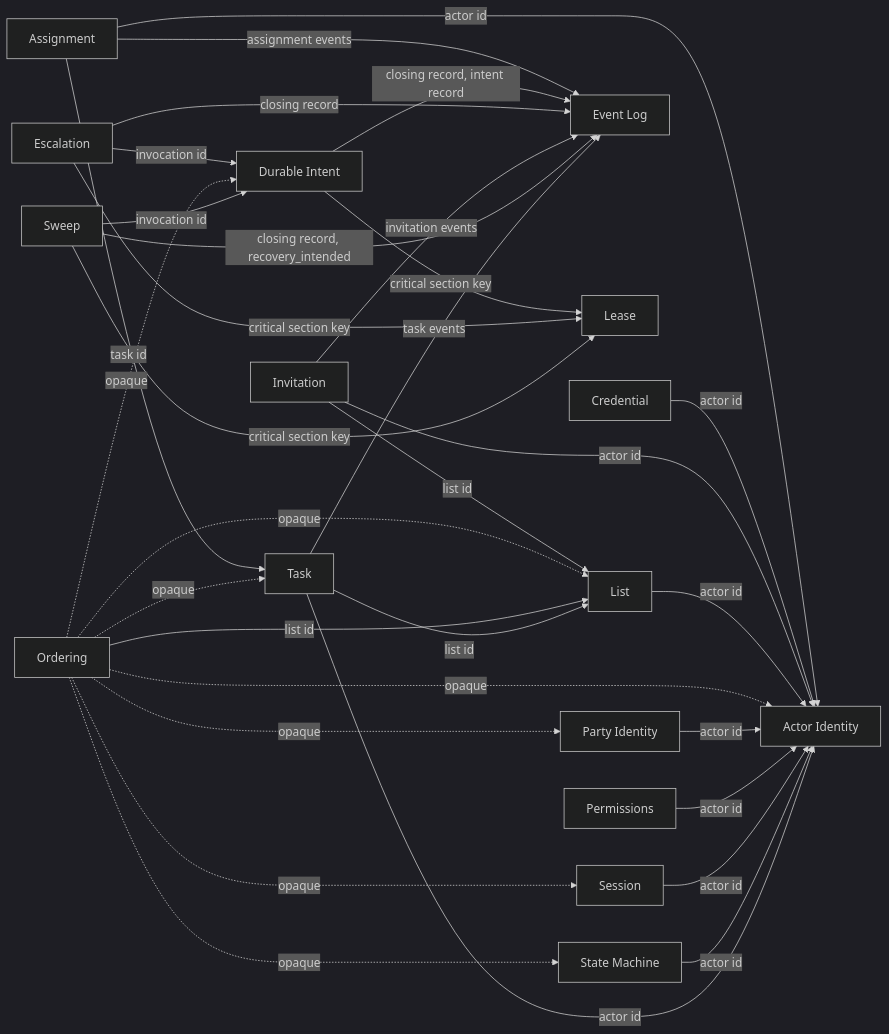
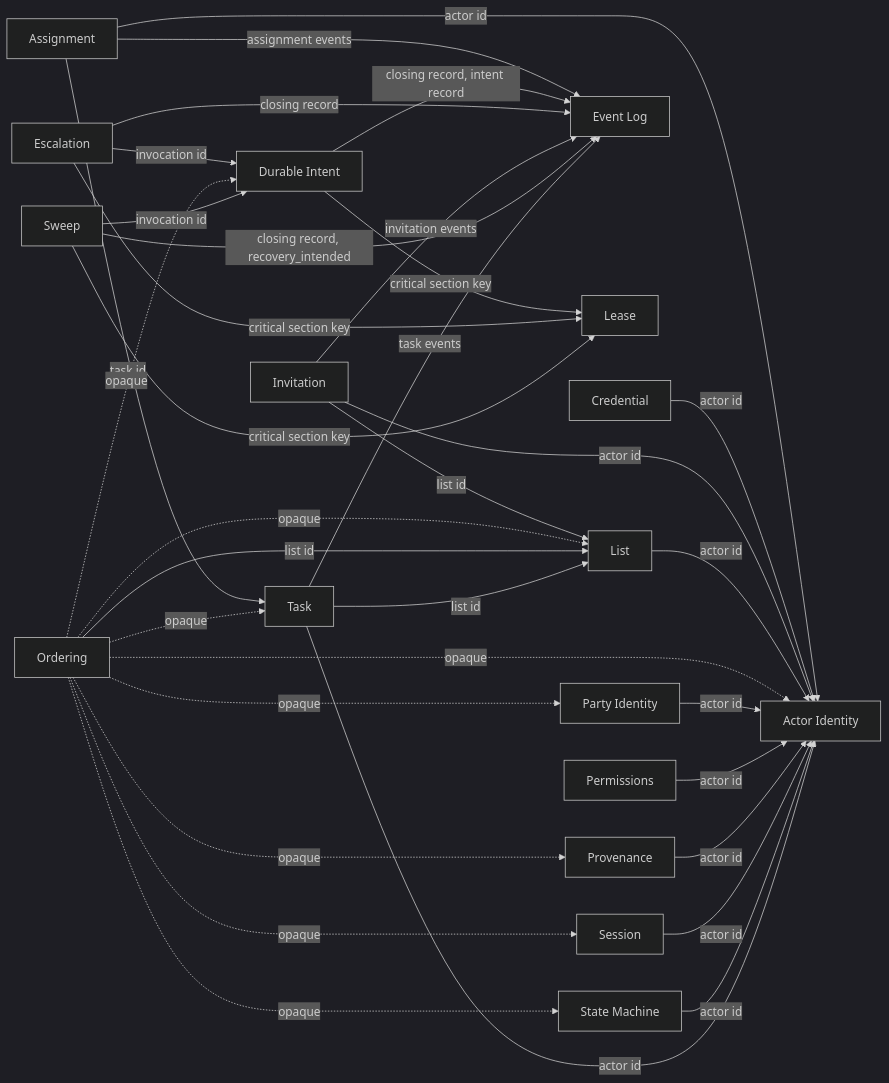
One commit to scottromack/grace-commons changed the first of 3 diagrams in library/graph.md. Above: the diagram before and after it, drawn with Mermaid. The commit also changed 5 other files, not shown here.

````diff
--- a/library/graph.md
+++ b/library/graph.md
@@ -22,51 +22,54 @@
 ```mermaid
 %%{init: {"theme": "dark", "flowchart": {"htmlLabels": true}} }%%
 flowchart LR
   b_actor_identity["Actor Identity"]
   b_assignment["Assignment"]
   b_credential["Credential"]
   b_durable_intent["Durable Intent"]
   b_escalation["Escalation"]
   b_event_log["Event Log"]
   b_invitation["Invitation"]
   b_lease["Lease"]
   b_list["List"]
   b_ordering["Ordering"]
   b_party_identity["Party Identity"]
   b_permissions["Permissions"]
+  b_provenance["Provenance"]
   b_session["Session"]
   b_state_machine["State Machine"]
   b_sweep["Sweep"]
   b_task["Task"]
   b_assignment -->|"task id"| b_task
   b_assignment -->|"actor id"| b_actor_identity
   b_assignment -->|"assignment events"| b_event_log
   b_credential -->|"actor id"| b_actor_identity
   b_durable_intent -->|"critical section key"| b_lease
   b_durable_intent -->|"closing record, intent record"| b_event_log
   b_escalation -->|"critical section key"| b_lease
   b_escalation -->|"invocation id"| b_durable_intent
   b_escalation -->|"closing record"| b_event_log
   b_invitation -->|"list id"| b_list
   b_invitation -->|"actor id"| b_actor_identity
   b_invitation -->|"invitation events"| b_event_log
   b_list -->|"actor id"| b_actor_identity
   b_ordering -.->|"opaque"| b_actor_identity
   b_ordering -.->|"opaque"| b_durable_intent
   b_ordering -.->|"opaque"| b_list
   b_ordering -.->|"opaque"| b_party_identity
+  b_ordering -.->|"opaque"| b_provenance
   b_ordering -.->|"opaque"| b_session
   b_ordering -.->|"opaque"| b_state_machine
   b_ordering -.->|"opaque"| b_task
   b_ordering -->|"list id"| b_list
   b_party_identity -->|"actor id"| b_actor_identity
   b_permissions -->|"actor id"| b_actor_identity
+  b_provenance -->|"actor id"| b_actor_identity
   b_session -->|"actor id"| b_actor_identity
   b_state_machine -->|"actor id"| b_actor_identity
   b_sweep -->|"critical section key"| b_lease
   b_sweep -->|"invocation id"| b_durable_intent
   b_sweep -->|"closing record, recovery_intended"| b_event_log
   b_task -->|"list id"| b_list
   b_task -->|"actor id"| b_actor_identity
   b_task -->|"task events"| b_event_log
 ```
````
